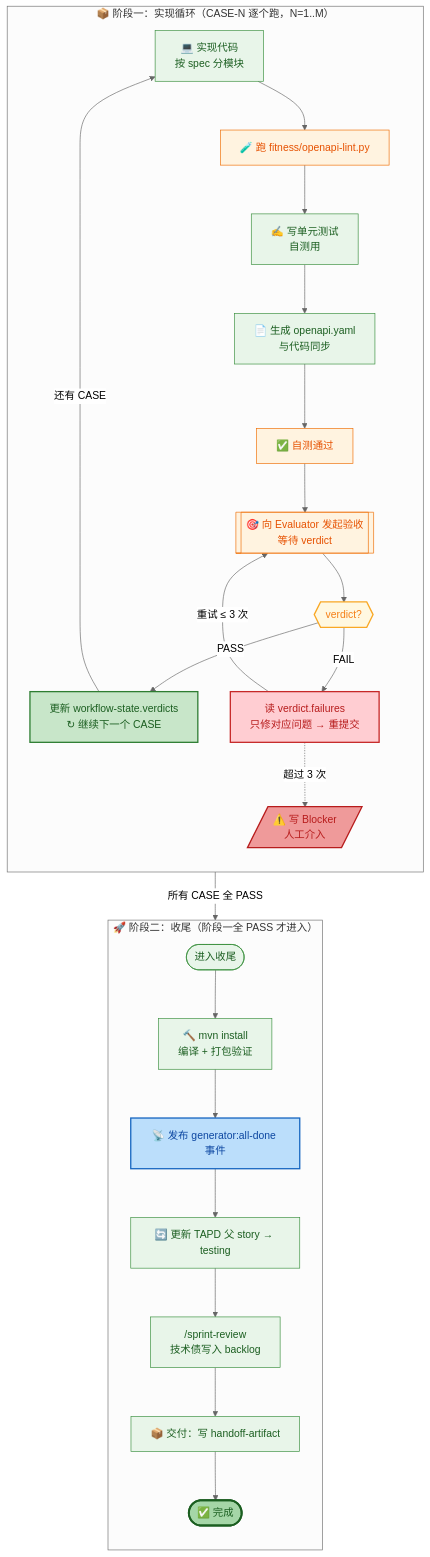
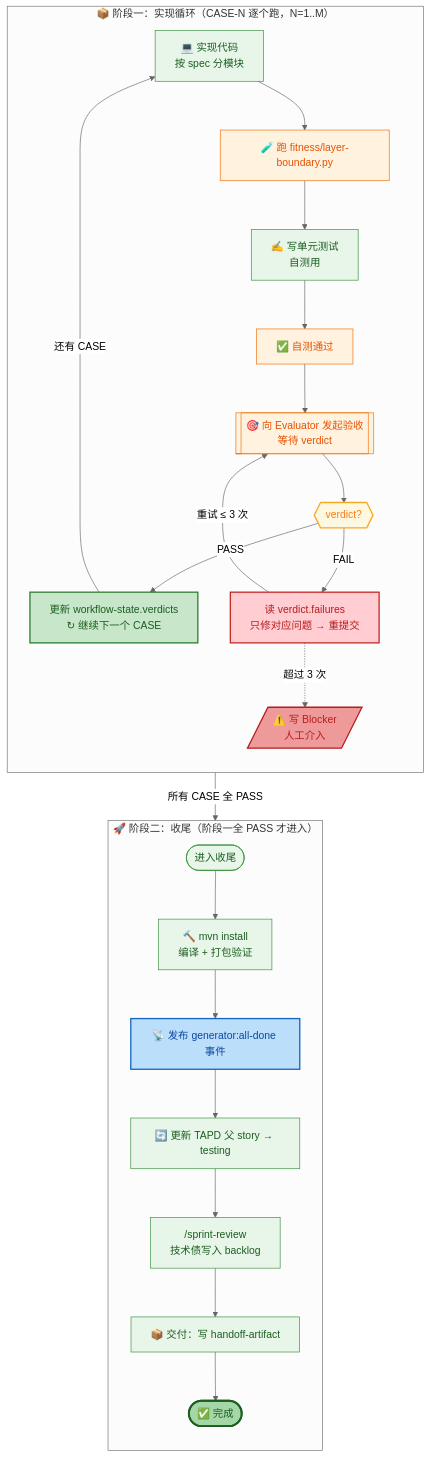
Diagram 12 of 16 in README.md (dd-xiaozhi/dev-agent-flow), drawn with Mermaid (neutral theme) before and after one commit. The commit also changed other lines of this file and 36 other files, not shown here.

First line of the commit message:
refactor(flow): 移除 contract-path-guard hook，改由 doc-librarian.md 声明产物位置

````diff
--- a/README.md
+++ b/README.md
@@ -397,48 +393,47 @@
 ```mermaid
 flowchart TD
     subgraph PHASE1["📦 阶段一：实现循环（CASE-N 逐个跑，N=1..M）"]
         direction TB
-        P1A[💻 实现代码<br/>按 spec 分模块] --> P1B[🧪 跑 fitness/openapi-lint.py]
+        P1A[💻 实现代码<br/>按 spec 分模块] --> P1B[🧪 跑 fitness/layer-boundary.py]
         P1B --> P1C[✍️ 写单元测试<br/>自测用]
-        P1C --> P1D[📄 生成 openapi.yaml<br/>与代码同步]
-        P1D --> P1E[✅ 自测通过]
+        P1C --> P1E[✅ 自测通过]
         P1E --> P1F[[🎯 向 Evaluator 发起验收<br/>等待 verdict]]
         P1F --> P1G{{"verdict?"}}
         P1G -->|PASS| P1H[更新 workflow-state.verdicts<br/>↻ 继续下一个 CASE]
         P1G -->|FAIL| P1I["读 verdict.failures<br/>只修对应问题 → 重提交"]
         P1I -->|"重试 ≤ 3 次"| P1F
         P1I -.->|"超过 3 次"| BL[/⚠️ 写 Blocker<br/>人工介入/]
         P1H -->|"还有 CASE"| P1A
     end
 
     P1H -->|"所有 CASE 全 PASS"| PHASE2_ENTRY
 
     subgraph PHASE2["🚀 阶段二：收尾（阶段一全 PASS 才进入）"]
         direction TB
         PHASE2_ENTRY([进入收尾]) --> P2A[🔨 mvn install<br/>编译 + 打包验证]
         P2A --> P2B[📡 发布 generator:all-done 事件]
         P2B --> P2C[🔄 更新 TAPD 父 story → testing]
         P2C --> P2D["/sprint-review<br/>技术债写入 backlog"]
         P2D --> P2E[📦 交付：写 handoff-artifact]
         P2E --> DONE([✅ 完成])
     end
 
     classDef impl fill:#e8f5e9,stroke:#388e3c,stroke-width:1px,color:#1b5e20
     classDef test fill:#fff3e0,stroke:#ef6c00,stroke-width:1px,color:#e65100
     classDef decision fill:#fff8e1,stroke:#f9a825,stroke-width:2px,color:#f57f17
     classDef pass fill:#c8e6c9,stroke:#2e7d32,stroke-width:2px,color:#1b5e20
     classDef fail fill:#ffcdd2,stroke:#c62828,stroke-width:2px,color:#b71c1c
     classDef blocker fill:#ef9a9a,stroke:#b71c1c,stroke-width:2px,color:#b71c1c
     classDef event fill:#bbdefb,stroke:#1565c0,stroke-width:2px,color:#0d47a1
     classDef done fill:#a5d6a7,stroke:#1b5e20,stroke-width:3px,color:#1b5e20
 
     class P1A,P1C,P1D impl
     class P1B,P1E,P1F test
     class P1G decision
     class P1H pass
     class P1I fail
     class BL blocker
     class PHASE2_ENTRY,P2A,P2C,P2D,P2E impl
     class P2B event
     class DONE done
 ```
````
